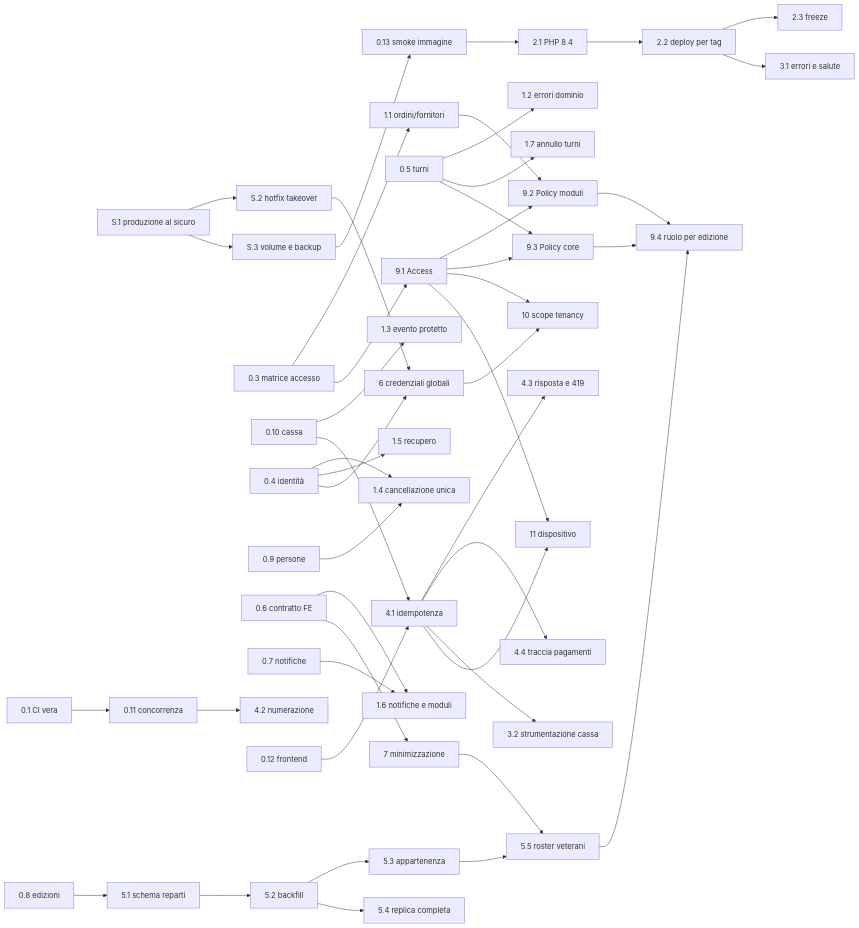
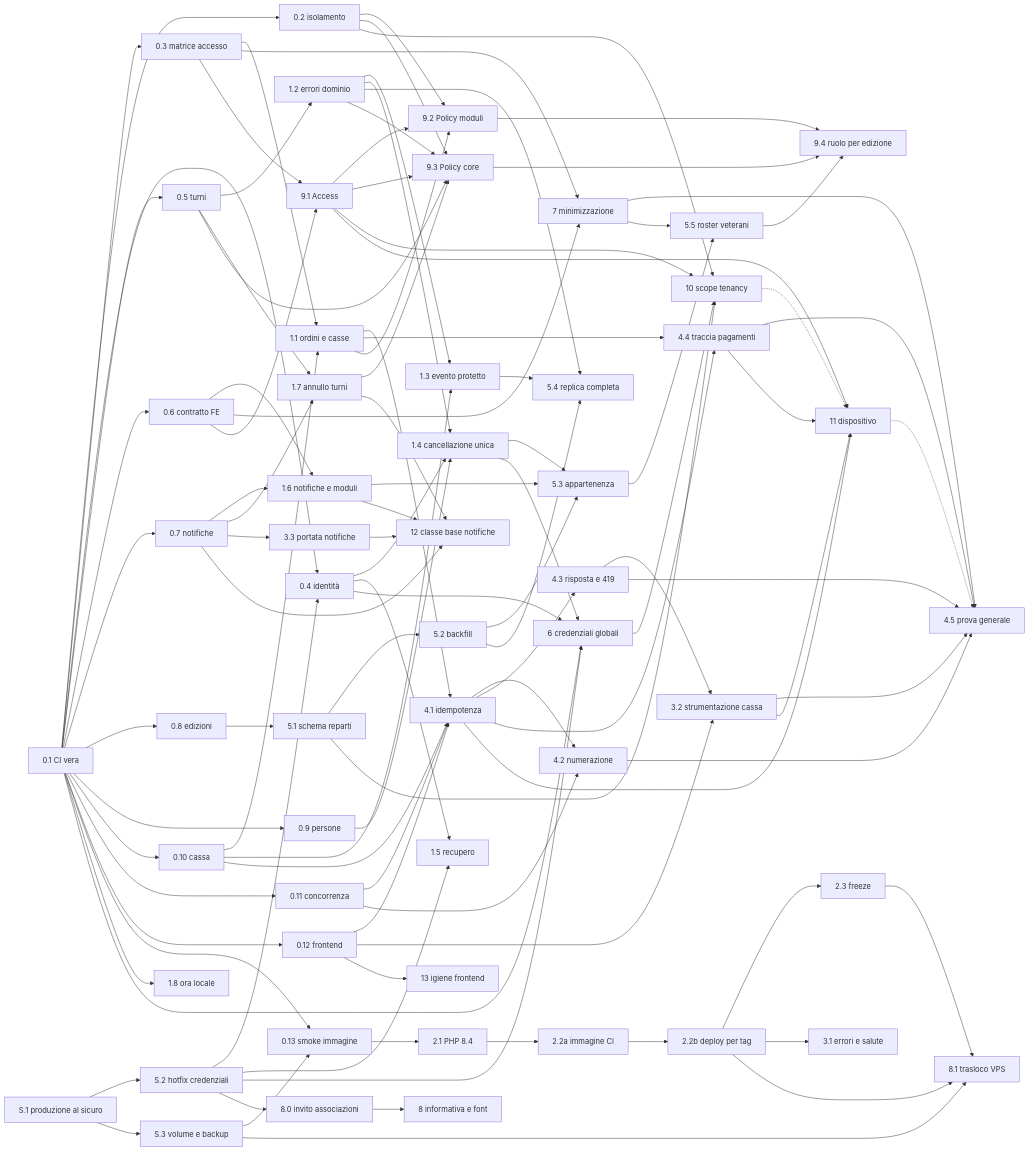
Before and after one commit to antoniomuzzolini/sagra: the diagram in docs/review/03-roadmap.md, drawn with Mermaid. The commit also changed other lines of this file, not shown here.

First line of the commit message:
docs: apply the adversarial review to the roadmap

````diff
--- a/docs/review/03-roadmap.md
+++ b/docs/review/03-roadmap.md
@@ -1048,43 +1444,99 @@
 ```mermaid
 flowchart LR
-    S1[S.1 produzione al sicuro] --> S2[S.2 hotfix takeover]
+    S1[S.1 produzione al sicuro] --> S2[S.2 hotfix credenziali]
     S1 --> S3[S.3 volume e backup]
+    O1[0.1 CI vera] --> O2[0.2 isolamento]
+    O1 --> O3[0.3 matrice accesso]
+    O1 --> O4[0.4 identità]
+    S2 --> O4
+    O1 --> O5[0.5 turni]
+    O1 --> O6[0.6 contratto FE]
+    O1 --> O7[0.7 notifiche]
+    O1 --> O8[0.8 edizioni]
+    O1 --> O9[0.9 persone]
+    O1 --> O10[0.10 cassa]
+    O1 --> O11[0.11 concorrenza]
+    O1 --> O12[0.12 frontend]
     S3 --> O13[0.13 smoke immagine]
-    O1[0.1 CI vera] --> O11[0.11 concorrenza]
-    O3[0.3 matrice accesso] --> A11[1.1 ordini/fornitori]
-    O5[0.5 turni] --> A12[1.2 errori dominio]
+    O1 --> O13
+    O3 --> A11[1.1 ordini e casse]
+    O10 --> A11
+    O5 --> A12[1.2 errori dominio]
+    A12 --> A13[1.3 evento protetto]
+    O10 --> A13
+    O4 --> A14[1.4 cancellazione unica]
+    O9 --> A14
+    A12 --> A14
+    O4 --> A15[1.5 recupero]
+    S2 --> A15
+    O6 --> A16[1.6 notifiche e moduli]
+    O7 --> A16
     O5 --> A17[1.7 annullo turni]
-    O10[0.10 cassa] --> A13[1.3 evento protetto]
-    O4[0.4 identità] --> A14[1.4 cancellazione unica]
-    O9[0.9 persone] --> A14
-    O4 --> A15[1.5 recupero]
-    O6[0.6 contratto FE] --> A16[1.6 notifiche e moduli]
-    O7[0.7 notifiche] --> A16
-    O13 --> B21[2.1 PHP 8.4] --> B22[2.2 deploy per tag] --> B23[2.3 freeze]
-    B22 --> C31[3.1 errori e salute]
-    O10 --> D41[4.1 idempotenza]
-    O11 --> D42[4.2 numerazione]
-    O12[0.12 frontend] --> D41
+    O7 --> A17
+    O1 --> A18[1.8 ora locale]
+    O13 --> B21[2.1 PHP 8.4] --> B22a[2.2a immagine CI] --> B22b[2.2b deploy per tag] --> B23[2.3 freeze]
+    B22b --> C31[3.1 errori e salute]
+    O7 --> C33[3.3 portata notifiche]
+    A11 --> D41[4.1 idempotenza]
+    O10 --> D41
+    O11 --> D41
+    O12 --> D41
+    D41 --> D42[4.2 numerazione]
+    O11 --> D42
     D41 --> D43[4.3 risposta e 419]
     D41 --> D44[4.4 traccia pagamenti]
-    D41 --> C32[3.2 strumentazione cassa]
-    O8[0.8 edizioni] --> E51[5.1 schema reparti] --> E52[5.2 backfill] --> E53[5.3 appartenenza]
+    A11 --> D44
+    D43 --> C32[3.2 strumentazione cassa]
+    O12 --> C32
+    D42 --> D45[4.5 prova generale]
+    D43 --> D45
+    D44 --> D45
+    C32 --> D45
+    J11 -.-> D45
+    G7 --> D45
+    O8 --> E51[5.1 schema reparti] --> E52[5.2 backfill] --> E53[5.3 appartenenza]
+    A14 --> E53
+    A16 --> E53
     E52 --> E54[5.4 replica completa]
+    A12 --> E54
+    A13 --> E54
     S2 --> F6[6 credenziali globali]
+    O1 --> F6
     O4 --> F6
-    O6 --> G7[7 minimizzazione]
+    A14 --> F6
+    O3 --> G7[7 minimizzazione]
+    O6 --> G7
     E53 --> E55[5.5 roster veterani]
     G7 --> E55
+    S2 --> H80[8.0 invito associazioni] --> H8[8 informativa e font]
+    S3 --> H81[8.1 trasloco VPS]
+    B22b --> H81
+    B23 --> H81
     O3 --> H91[9.1 Access]
+    O6 --> H91
     H91 --> H92[9.2 Policy moduli]
     A11 --> H92
+    O2 --> H92
     H91 --> H93[9.3 Policy core]
     O5 --> H93
+    O2 --> H93
+    A12 --> H93
+    A17 --> H93
     H92 --> H94[9.4 ruolo per edizione]
     H93 --> H94
     E55 --> H94
     H91 --> I10[10 scope tenancy]
+    O2 --> I10
     F6 --> I10
+    E51 --> I10
     H91 --> J11[11 dispositivo]
     D41 --> J11
+    D44 --> J11
+    C32 --> J11
+    I10 -.-> J11
+    O7 --> N12[12 classe base notifiche]
+    C33 --> N12
+    A16 --> N12
+    A17 --> N12
+    O12 --> N13[13 igiene frontend]
 ```
````
